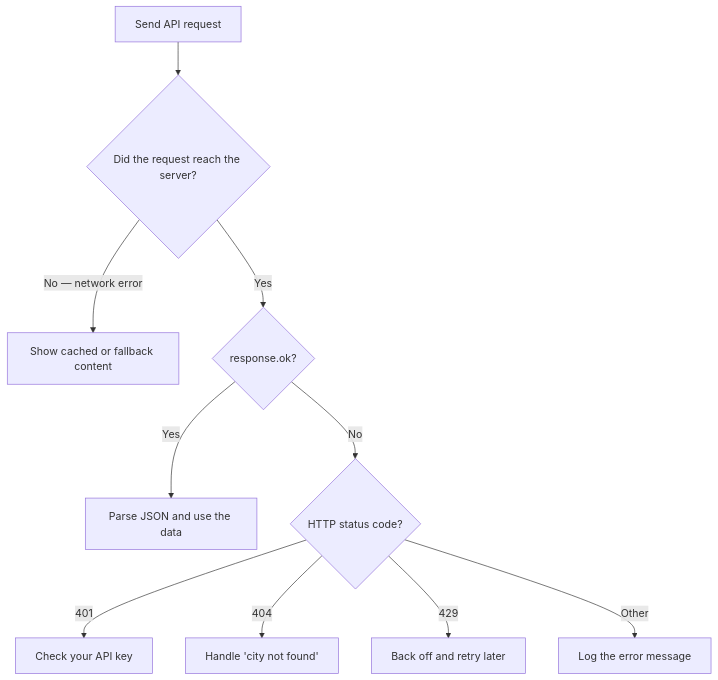
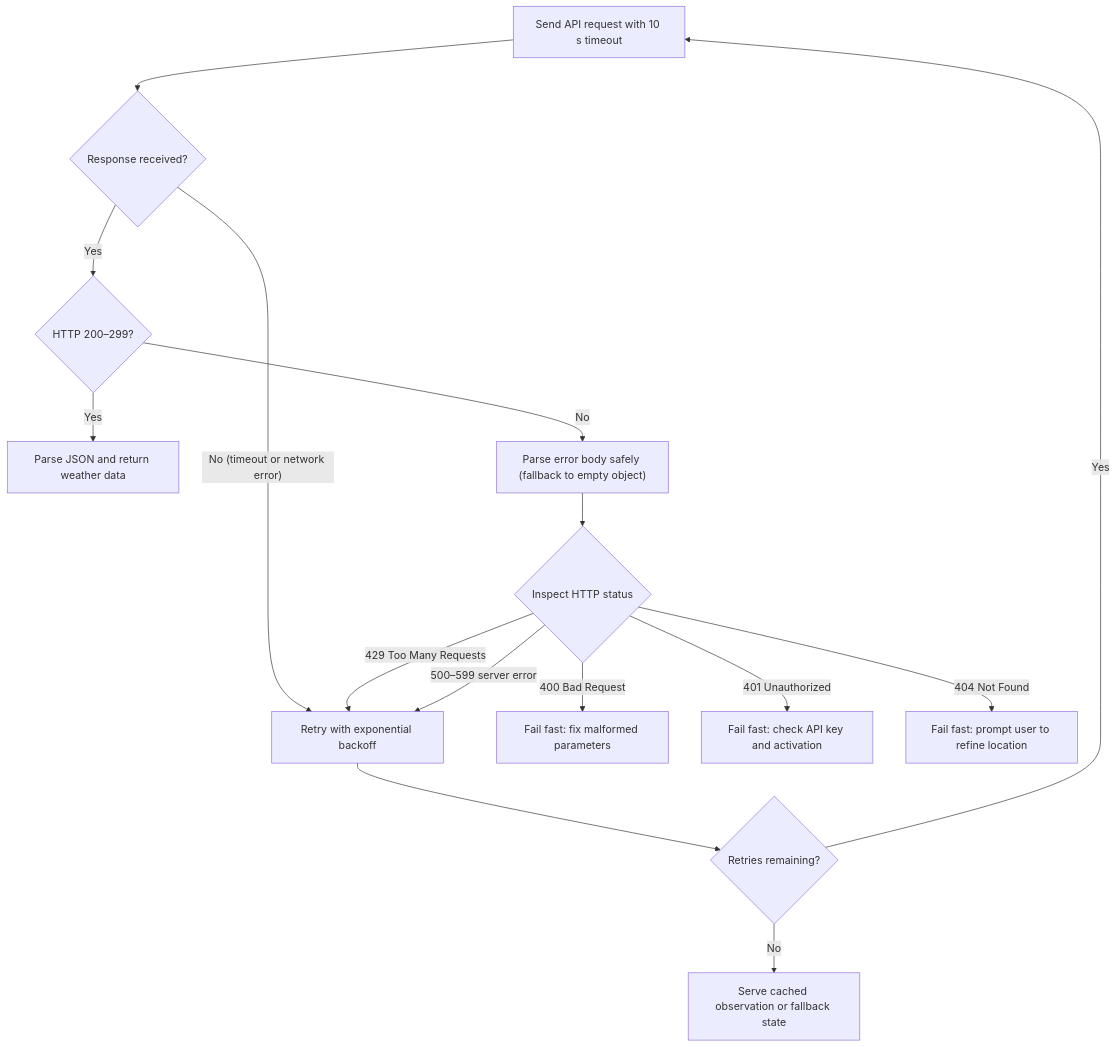
One commit to MichelGSS/openweather-docs changed the diagram in docs/how-to/handle-errors.md. Above: the diagram before and after it, drawn with Mermaid. The commit also changed other lines of this file and 53 other files, not shown here.

````diff
--- a/docs/how-to/handle-errors.md
+++ b/docs/how-to/handle-errors.md
@@ -28,12 +30,17 @@
 ```mermaid
-graph TD
-    A["Send API request"] --> B{"Did the request reach the server?"}
-    B -->|"No — network error"| I["Show cached or fallback content"]
-    B -->|"Yes"| C{"response.ok?"}
-    C -->|"Yes"| D["Parse JSON and use the data"]
-    C -->|"No"| E{"HTTP status code?"}
-    E -->|"401"| F["Check your API key"]
-    E -->|"404"| G["Handle 'city not found'"]
-    E -->|"429"| H["Back off and retry later"]
-    E -->|"Other"| J["Log the error message"]
+flowchart TD
+    A["Send API request with 10 s timeout"] --> B{"Response received?"}
+    B -->|"No (timeout or network error)"| H["Retry with exponential backoff"]
+    B -->|"Yes"| C{"HTTP 200–299?"}
+    C -->|"Yes"| D["Parse JSON and return weather data"]
+    C -->|"No"| E["Parse error body safely (fallback to empty object)"]
+    E --> F{"Inspect HTTP status"}
+    F -->|"400 Bad Request"| G1["Fail fast: fix malformed parameters"]
+    F -->|"401 Unauthorized"| G2["Fail fast: check API key and activation"]
+    F -->|"404 Not Found"| G3["Fail fast: prompt user to refine location"]
+    F -->|"429 Too Many Requests"| H
+    F -->|"500–599 server error"| H
+    H --> I{"Retries remaining?"}
+    I -->|"Yes"| A
+    I -->|"No"| J["Serve cached observation or fallback state"]
 ```
````
